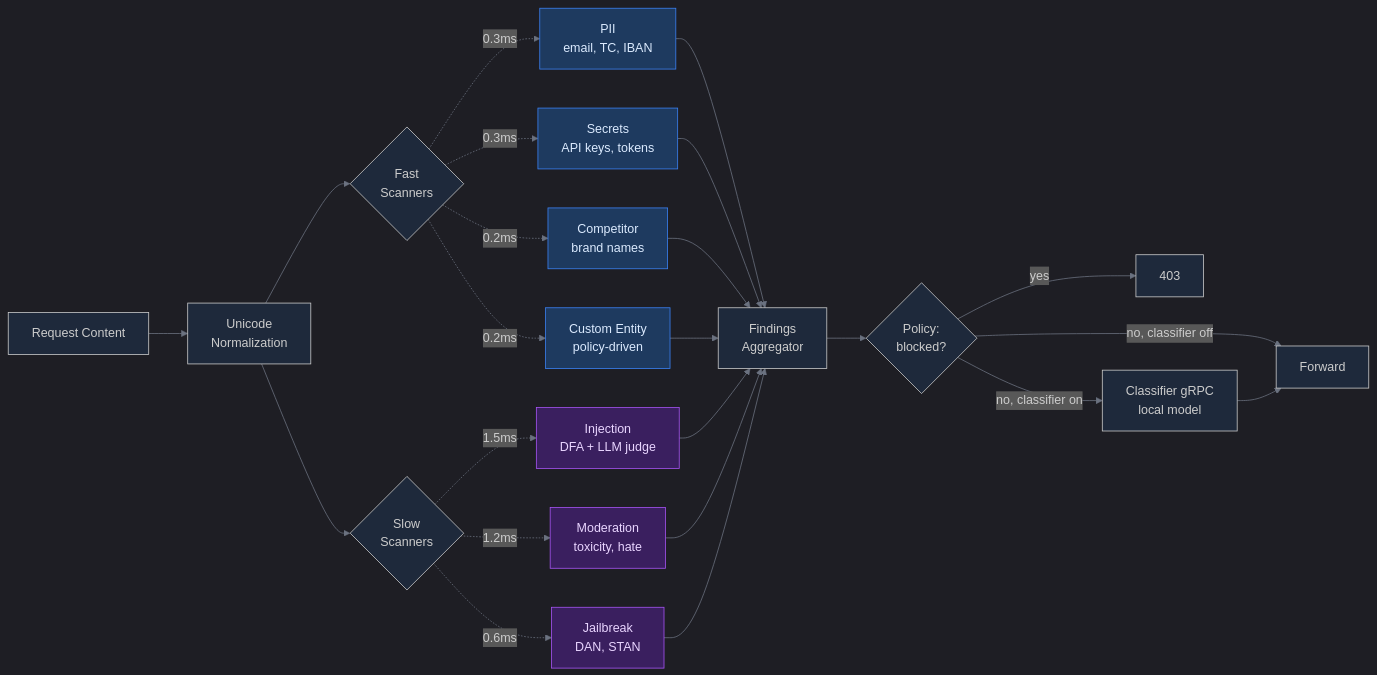
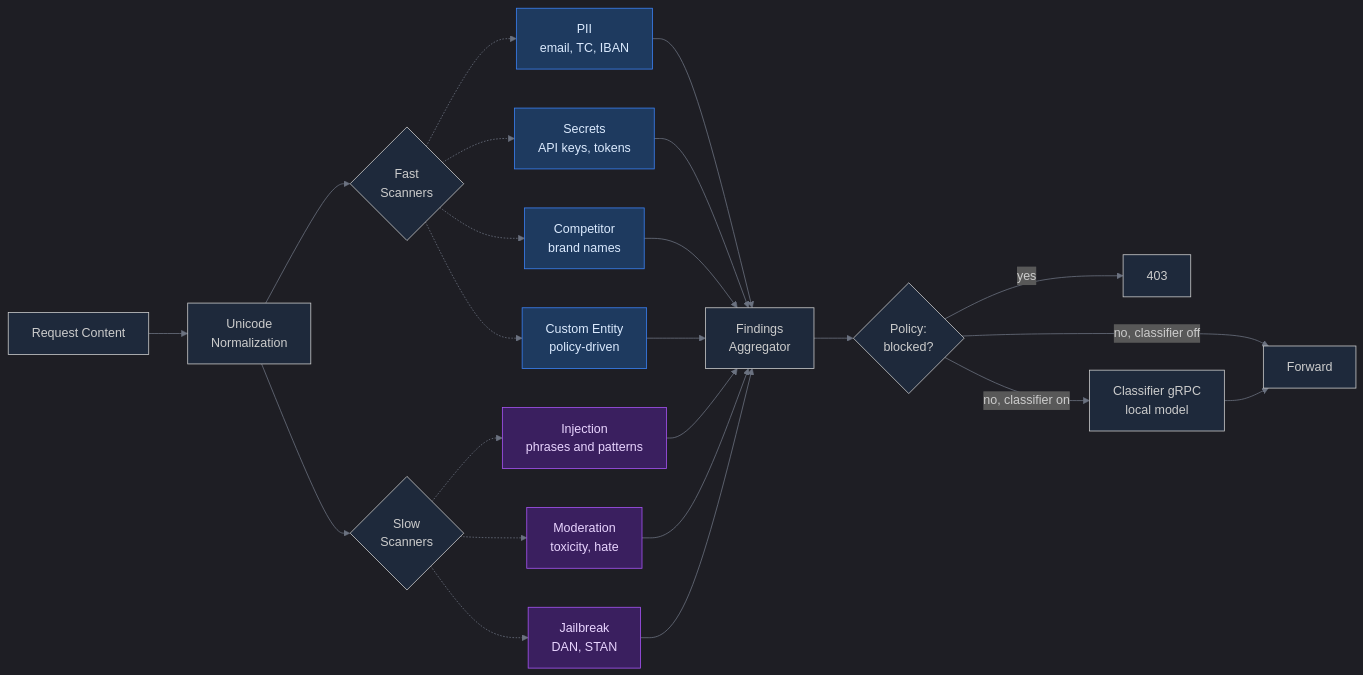
One commit to yatuk/tamga changed the third of 5 diagrams in docs/architecture/README.md. Above: the diagram before and after it, drawn with Mermaid. The commit also changed other lines of this file and 16 other files, not shown here.

````diff
--- a/docs/architecture/README.md
+++ b/docs/architecture/README.md
@@ -166,47 +172,47 @@
 ```mermaid
 %%{init: {
   'theme': 'dark',
   'themeVariables': {
     'primaryColor': '#1e3a5f',
     'primaryTextColor': '#dbeafe',
     'primaryBorderColor': '#3b82f6',
     'lineColor': '#6b7280',
     'background': '#0f172a',
     'mainBkg': '#1e293b'
   }
 }}%%
 graph LR
     Input[Request Content] --> Normalize[Unicode<br/>Normalization]
 
     Normalize --> Fast{Fast<br/>Scanners}
     Normalize --> Slow{Slow<br/>Scanners}
 
-    Fast -.->|0.3ms| PII[PII<br/>email, TC, IBAN]
-    Fast -.->|0.3ms| Secret[Secrets<br/>API keys, tokens]
-    Fast -.->|0.2ms| Comp[Competitor<br/>brand names]
-    Fast -.->|0.2ms| Custom[Custom Entity<br/>policy-driven]
+    Fast -.-> PII[PII<br/>email, TC, IBAN]
+    Fast -.-> Secret[Secrets<br/>API keys, tokens]
+    Fast -.-> Comp[Competitor<br/>brand names]
+    Fast -.-> Custom[Custom Entity<br/>policy-driven]
 
-    Slow -.->|1.5ms| Inject[Injection<br/>DFA + LLM judge]
-    Slow -.->|1.2ms| Mod[Moderation<br/>toxicity, hate]
-    Slow -.->|0.6ms| Jail[Jailbreak<br/>DAN, STAN]
+    Slow -.-> Inject[Injection<br/>phrases and patterns]
+    Slow -.-> Mod[Moderation<br/>toxicity, hate]
+    Slow -.-> Jail[Jailbreak<br/>DAN, STAN]
 
     PII --> Merge[Findings<br/>Aggregator]
     Secret --> Merge
     Comp --> Merge
     Custom --> Merge
     Inject --> Merge
     Mod --> Merge
     Jail --> Merge
 
     Merge --> Verdict{Policy:<br/>blocked?}
     Verdict -->|yes| Decisive[403]
     Verdict -->|no, classifier on| Cls[Classifier gRPC<br/>local model]
     Verdict -->|no, classifier off| Forward[Forward]
     Cls --> Forward
 
     classDef fast fill:#1e3a5f,stroke:#3b82f6,color:#dbeafe
     classDef slow fill:#3a1f5f,stroke:#a855f7,color:#e9d5ff
 
     class PII,Secret,Comp,Custom fast
     class Inject,Mod,Jail slow
 ```
````
